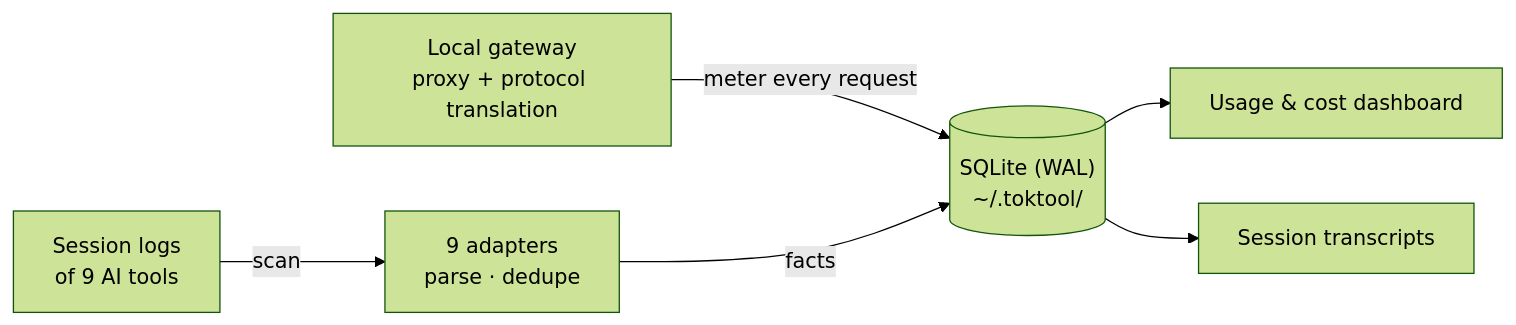
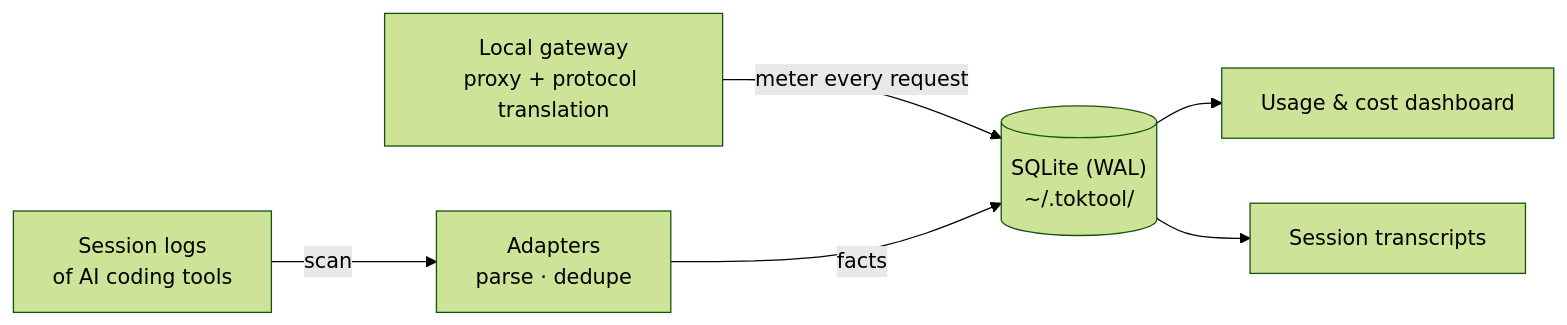
Before and after one commit to looplock/toktool: the diagram in README.md, drawn with Mermaid (forest theme). The commit also changed other lines of this file and 5 other files, not shown here.

````diff
--- a/README.md
+++ b/README.md
@@ -94,8 +94,8 @@
 ```mermaid
 flowchart LR
-    logs["Session logs<br/>of 9 AI tools"] -->|scan| adapters["9 adapters<br/>parse · dedupe"]
+    logs["Session logs<br/>of AI coding tools"] -->|scan| adapters["Adapters<br/>parse · dedupe"]
     gw["Local gateway<br/>proxy + protocol translation"] -->|"meter every request"| db
     adapters -->|facts| db[("SQLite (WAL)<br/>~/.toktool/")]
     db --> dashboard["Usage & cost dashboard"]
     db --> transcripts["Session transcripts"]
 ```
````
